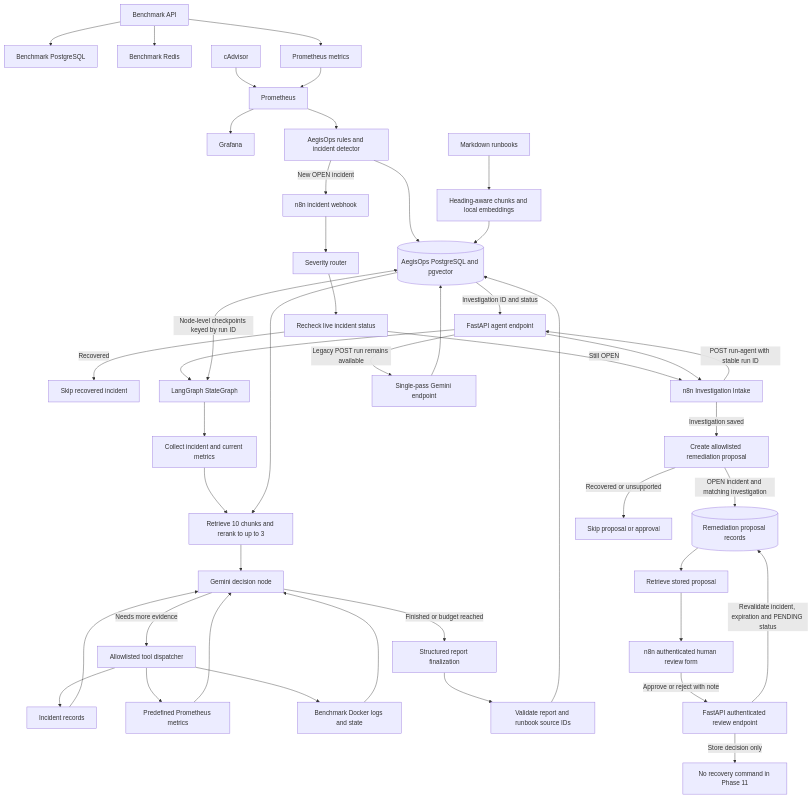
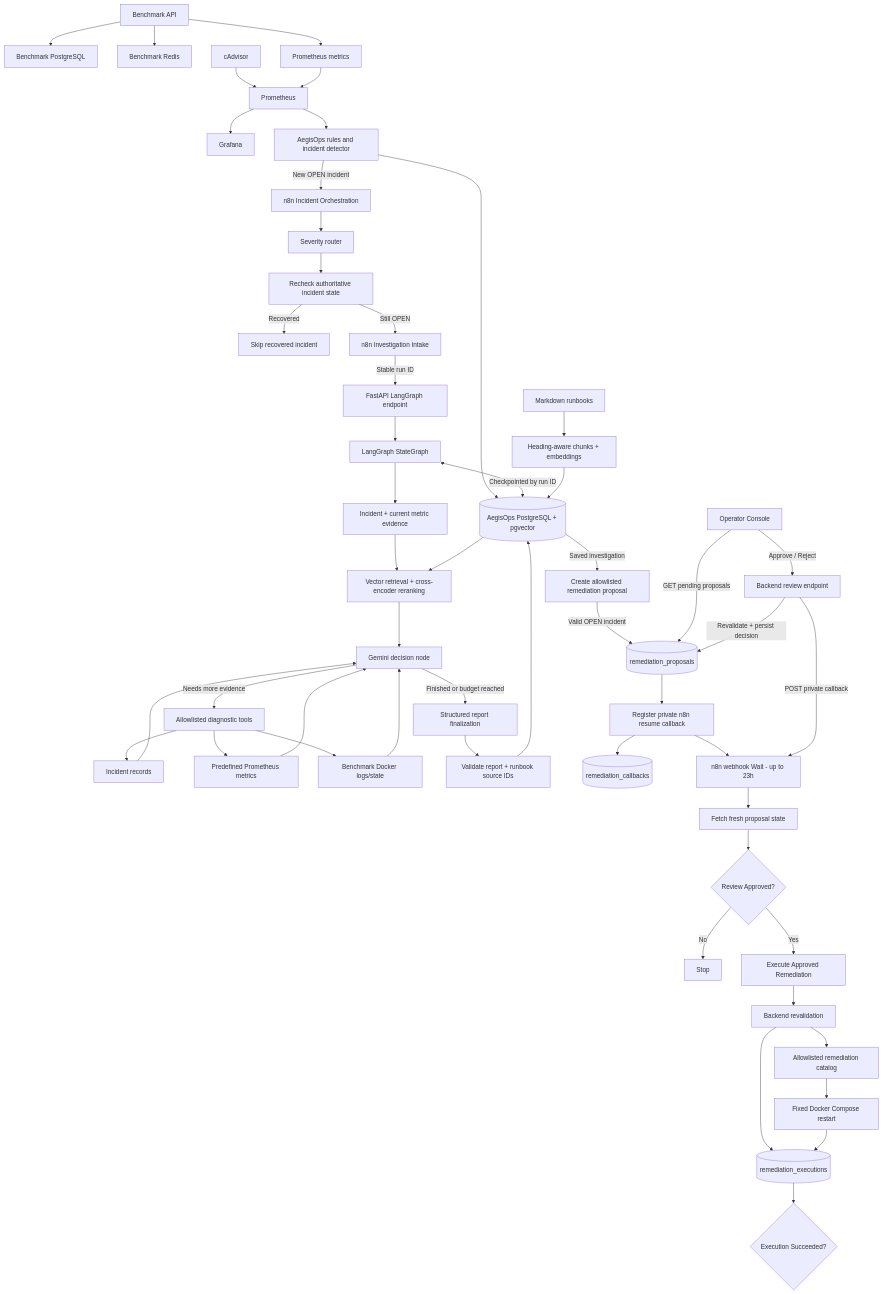
The diagram in README.md (ushalabs/AegisOps), drawn with Mermaid before and after one commit. The commit also changed other lines of this file and 10 other files, not shown here.

````diff
--- a/README.md
+++ b/README.md
@@ -15,47 +15,60 @@
 ```mermaid
 flowchart TD
     BA[Benchmark API] --> BP[Benchmark PostgreSQL]
     BA --> BR[Benchmark Redis]
     BA --> PM[Prometheus metrics]
     CAD[cAdvisor] --> PROM[Prometheus]
     PM --> PROM
     PROM --> GRAF[Grafana]
     PROM --> DET[AegisOps rules and incident detector]
-    DET --> IDB[(AegisOps PostgreSQL and pgvector)]
-    DET -->|New OPEN incident| WH[n8n incident webhook]
+
+    DET --> IDB[(AegisOps PostgreSQL + pgvector)]
+    DET -->|New OPEN incident| WH[n8n Incident Orchestration]
     WH --> SEV[Severity router]
-    SEV --> STATUS[Recheck live incident status]
+    SEV --> STATUS[Recheck authoritative incident state]
     STATUS -->|Recovered| SKIP[Skip recovered incident]
     STATUS -->|Still OPEN| INTAKE[n8n Investigation Intake]
-    INTAKE -->|POST run-agent with stable run ID| API[FastAPI agent endpoint]
+
+    INTAKE -->|Stable run ID| API[FastAPI LangGraph endpoint]
     API --> GRAPH[LangGraph StateGraph]
-    GRAPH --> EVID[Collect incident and current metrics]
-    EVID --> RAG[Retrieve 10 chunks and rerank to up to 3]
+    GRAPH --> EVID[Incident + current metric evidence]
+    EVID --> RAG[Vector retrieval + cross-encoder reranking]
     RAG --> DECIDE[Gemini decision node]
-    DECIDE -->|Needs more evidence| TOOLS[Allowlisted tool dispatcher]
+    DECIDE -->|Needs more evidence| TOOLS[Allowlisted diagnostic tools]
     TOOLS --> T1[Incident records]
     TOOLS --> T2[Predefined Prometheus metrics]
-    TOOLS --> T3[Benchmark Docker logs and state]
+    TOOLS --> T3[Benchmark Docker logs/state]
     T1 --> DECIDE
     T2 --> DECIDE
     T3 --> DECIDE
     DECIDE -->|Finished or budget reached| FINAL[Structured report finalization]
-    FINAL --> VALID[Validate report and runbook source IDs]
+    FINAL --> VALID[Validate report + runbook source IDs]
     VALID --> IDB
-    IDB -->|Investigation ID and status| API
-    API --> INTAKE
-    INTAKE -->|Investigation saved| PROPOSE[Create allowlisted remediation proposal]
-    PROPOSE -->|OPEN incident and matching investigation| PDB[(Remediation proposal records)]
-    PROPOSE -->|Recovered or unsupported| SKIPPROP[Skip proposal or approval]
-    PDB --> DETAIL[Retrieve stored proposal]
-    DETAIL --> WAIT[n8n authenticated human review form]
-    WAIT -->|Approve or reject with note| REVIEW[FastAPI authenticated review endpoint]
-    REVIEW -->|Revalidate incident, expiration and PENDING status| PDB
-    REVIEW -->|Store decision only| NOEXEC[No recovery command in Phase 11]
-    GRAPH <-->|Node-level checkpoints keyed by run ID| IDB
-    RUNBOOK[Markdown runbooks] --> CHUNK[Heading-aware chunks and local embeddings]
+
+    IDB -->|Saved investigation| PROPOSE[Create allowlisted remediation proposal]
+    PROPOSE -->|Valid OPEN incident| PDB[(remediation_proposals)]
+    PDB --> CALLBACK[Register private n8n resume callback]
+    CALLBACK --> CDB[(remediation_callbacks)]
+    CALLBACK --> WAIT[n8n webhook Wait - up to 23h]
+
+    OP[Operator Console] -->|GET pending proposals| PDB
+    OP -->|Approve / Reject| REVIEW[Backend review endpoint]
+    REVIEW -->|Revalidate + persist decision| PDB
+    REVIEW -->|POST private callback| WAIT
+
+    WAIT --> DETAIL[Fetch fresh proposal state]
+    DETAIL --> APPROVED{Review Approved?}
+    APPROVED -->|No| STOP[Stop]
+    APPROVED -->|Yes| EXEC[Execute Approved Remediation]
+    EXEC --> REVALIDATE[Backend revalidation]
+    REVALIDATE --> CAT[Allowlisted remediation catalog]
+    CAT --> DOCKER[Fixed Docker Compose restart]
+    REVALIDATE --> EDB[(remediation_executions)]
+    DOCKER --> EDB
+    EDB --> SUCCESS{Execution Succeeded?}
+
+    GRAPH <-->|Checkpointed by run ID| IDB
+    RUNBOOK[Markdown runbooks] --> CHUNK[Heading-aware chunks + embeddings]
     CHUNK --> IDB
     IDB --> RAG
-    API -->|Legacy POST run remains available| LEGACY[Single-pass Gemini endpoint]
-    LEGACY --> IDB
 ```
````
